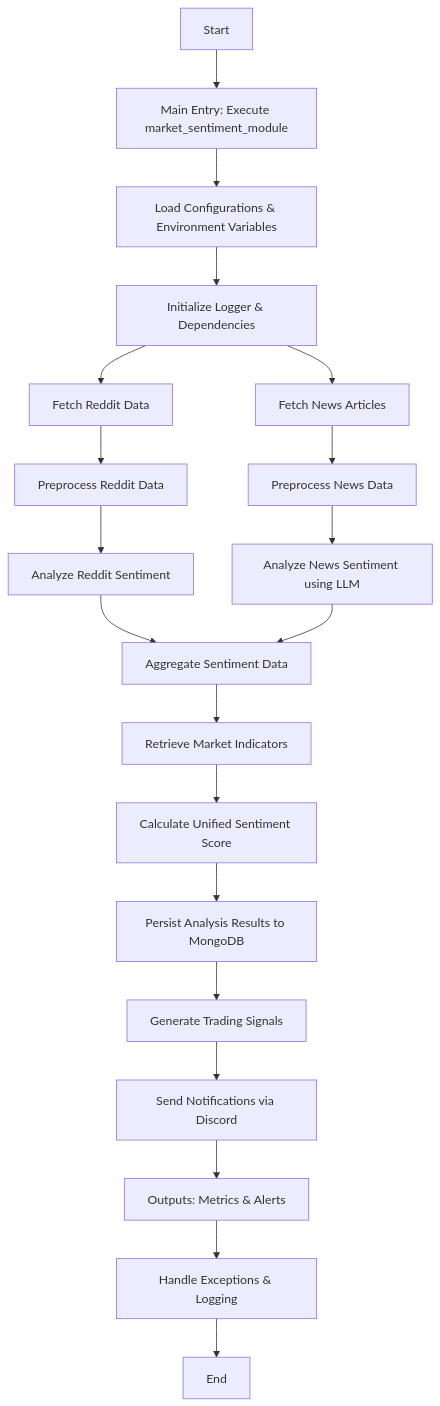
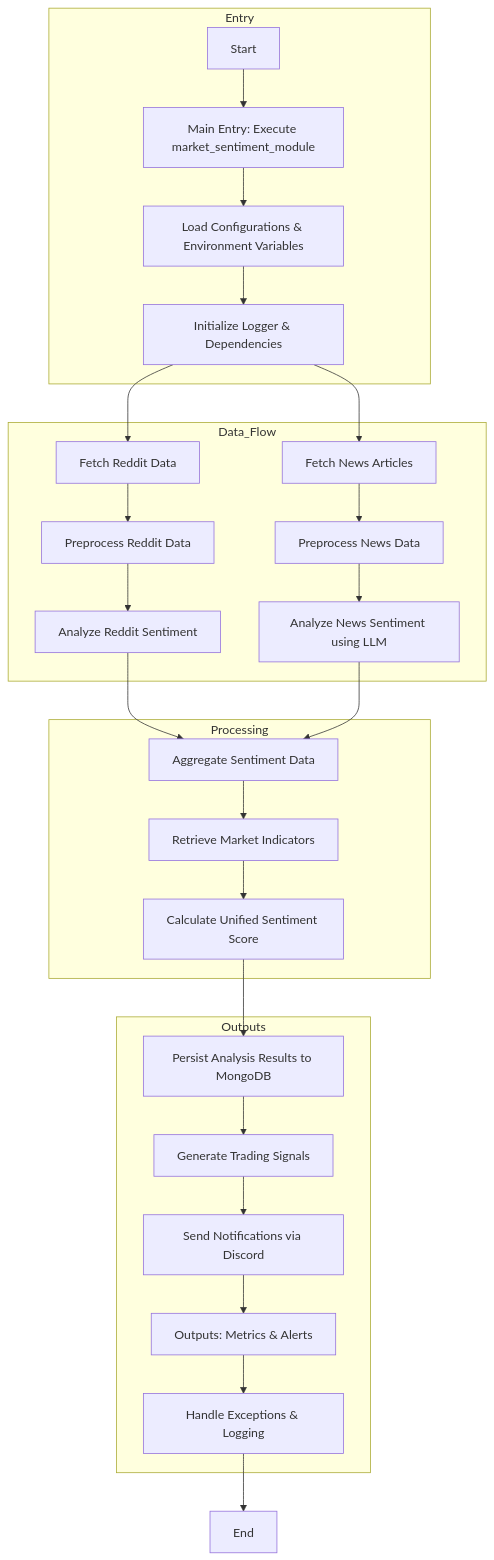
Before and after one commit to B-Lens/Orbit: the diagram in docs/architecture/market_sentiment_module_flow.md, drawn with Mermaid. The commit also changed 1 other file, not shown here.

Commit message:
docs: Update market sentiment module flow diagrams for clarity and structure

````diff
--- a/docs/architecture/market_sentiment_module_flow.md
+++ b/docs/architecture/market_sentiment_module_flow.md
@@ -5,42 +5,50 @@
 ```mermaid
 flowchart TD
-    A[Start]
-    B[Main Entry: Execute market_sentiment_module]
-    C[Load Configurations & Environment Variables]
-    D[Initialize Logger & Dependencies]
-    E[Fetch Reddit Data]
-    F[Preprocess Reddit Data]
-    G[Analyze Reddit Sentiment]
-    H[Fetch News Articles]
-    I[Preprocess News Data]
-    J[Analyze News Sentiment using LLM]
-    K[Aggregate Sentiment Data]
-    L[Retrieve Market Indicators]
-    M[Calculate Unified Sentiment Score]
-    N[Persist Analysis Results to MongoDB]
-    O[Generate Trading Signals]
-    P[Send Notifications via Discord]
-    Q[Outputs: Metrics & Alerts]
-    R[Handle Exceptions & Logging]
+    subgraph Entry
+      A[Start]
+      B[Main Entry: Execute market_sentiment_module]
+      C[Load Configurations & Environment Variables]
+      D[Initialize Logger & Dependencies]
+    end
+    subgraph Data_Flow
+      E[Fetch Reddit Data]
+      F[Preprocess Reddit Data]
+      G[Analyze Reddit Sentiment]
+      H[Fetch News Articles]
+      I[Preprocess News Data]
+      J[Analyze News Sentiment using LLM]
+    end
+    subgraph Processing
+      K[Aggregate Sentiment Data]
+      L[Retrieve Market Indicators]
+      M[Calculate Unified Sentiment Score]
+    end
+    subgraph Outputs
+      N[Persist Analysis Results to MongoDB]
+      O[Generate Trading Signals]
+      P[Send Notifications via Discord]
+      Q[Outputs: Metrics & Alerts]
+      R[Handle Exceptions & Logging]
+    end
     S[End]
-
+    
     A --> B
     B --> C
     C --> D
     D --> E
     E --> F
     F --> G
     D --> H
     H --> I
     I --> J
     G --> K
     J --> K
     K --> L
     L --> M
     M --> N
     N --> O
     O --> P
     P --> Q
     Q --> R
     R --> S
 ```
````
